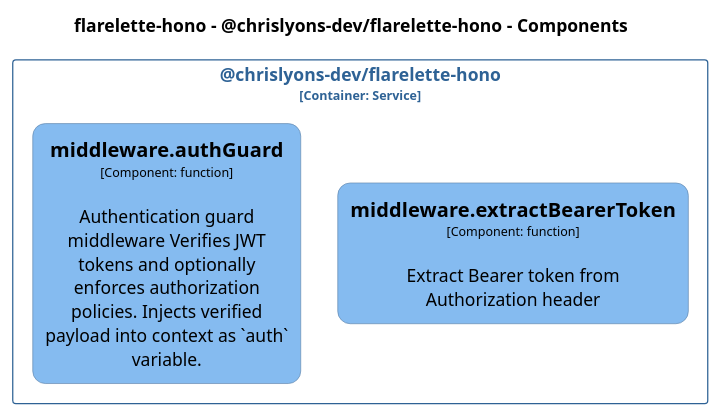
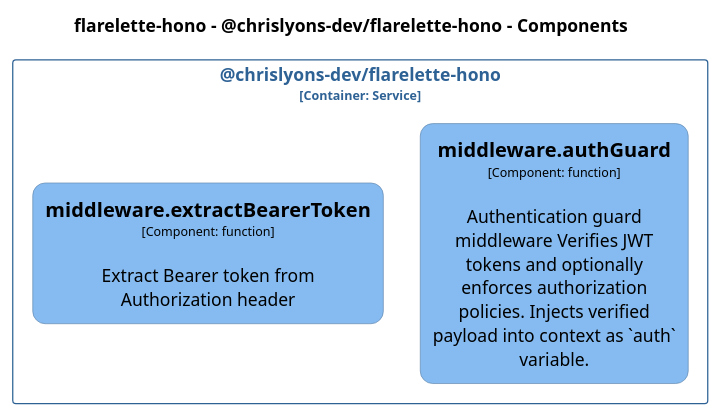
One commit to chrislyons-dev/flarelette-hono changed the diagram in docs/architecture/diagrams/plantuml/structurizr-Classes_chrislyons_dev_flarelette_hono__middleware.puml. Above: the diagram before and after it, drawn with PlantUML. The commit also changed other lines of this file and 25 other files, not shown here.

```diff
--- a/docs/architecture/diagrams/plantuml/structurizr-Classes_chrislyons_dev_flarelette_hono__middleware.puml
+++ b/docs/architecture/diagrams/plantuml/structurizr-Classes_chrislyons_dev_flarelette_hono__middleware.puml
@@ -1,44 +1,44 @@
 @startuml
 set separator none
 title flarelette-hono - @chrislyons-dev/flarelette-hono - Components
 
 top to bottom direction
 skinparam ranksep 60
 skinparam nodesep 30
 
 skinparam {
   arrowFontSize 10
   defaultTextAlignment center
   wrapWidth 200
   maxMessageSize 100
   defaultFontName "Arial"
 }
 
 hide stereotype
 
 skinparam rectangle<<flarelettehono.chrislyonsdevflarelettehono.middlewareauthGuard>> {
   BackgroundColor #85bbf0
   FontColor #000000
   BorderColor #5d82a8
   roundCorner 20
   shadowing false
 }
 skinparam rectangle<<flarelettehono.chrislyonsdevflarelettehono.middlewareextractBearerToken>> {
   BackgroundColor #85bbf0
   FontColor #000000
   BorderColor #5d82a8
   roundCorner 20
   shadowing false
 }
 skinparam rectangle<<flarelettehono.chrislyonsdevflarelettehono>> {
   BorderColor #2e6295
   FontColor #2e6295
   shadowing false
 }
 
 rectangle "@chrislyons-dev/flarelette-hono\n<size:10>[Container: Service]</size>" <<flarelettehono.chrislyonsdevflarelettehono>> {
+  rectangle "==middleware.authGuard\n<size:10>[Component: function]</size>\n\nAuthentication guard middleware Verifies JWT tokens and optionally enforces authorization policies. Injects verified payload into context as `auth` variable." <<flarelettehono.chrislyonsdevflarelettehono.middlewareauthGuard>> as flarelettehono.chrislyonsdevflarelettehono.middlewareauthGuard
   rectangle "==middleware.extractBearerToken\n<size:10>[Component: function]</size>\n\nExtract Bearer token from Authorization header" <<flarelettehono.chrislyonsdevflarelettehono.middlewareextractBearerToken>> as flarelettehono.chrislyonsdevflarelettehono.middlewareextractBearerToken
-  rectangle "==middleware.authGuard\n<size:10>[Component: function]</size>\n\nAuthentication guard middleware Verifies JWT tokens and optionally enforces authorization policies. Injects verified payload into context as `auth` variable." <<flarelettehono.chrislyonsdevflarelettehono.middlewareauthGuard>> as flarelettehono.chrislyonsdevflarelettehono.middlewareauthGuard
 }
 
 @enduml
```
